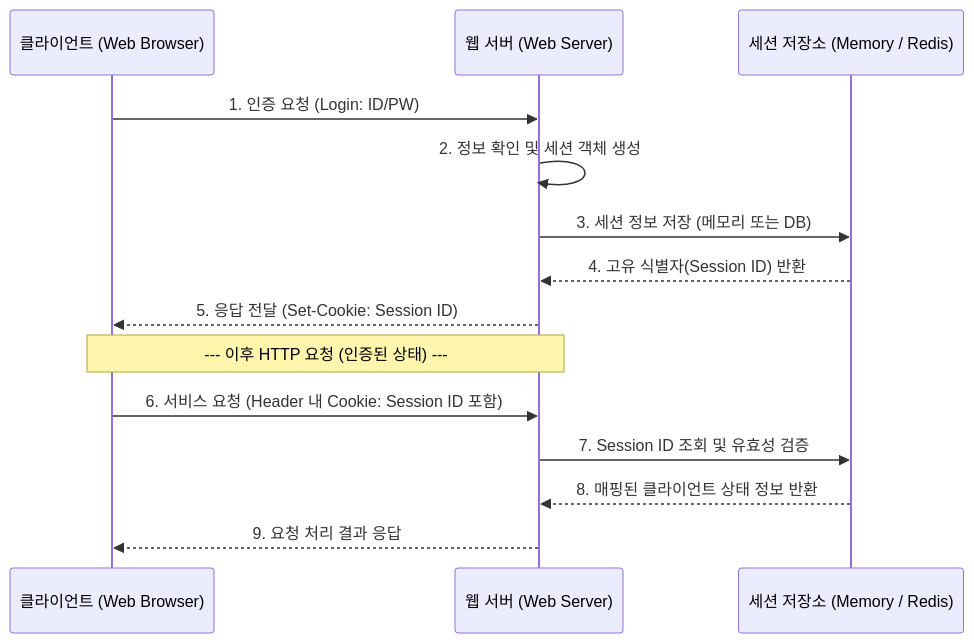
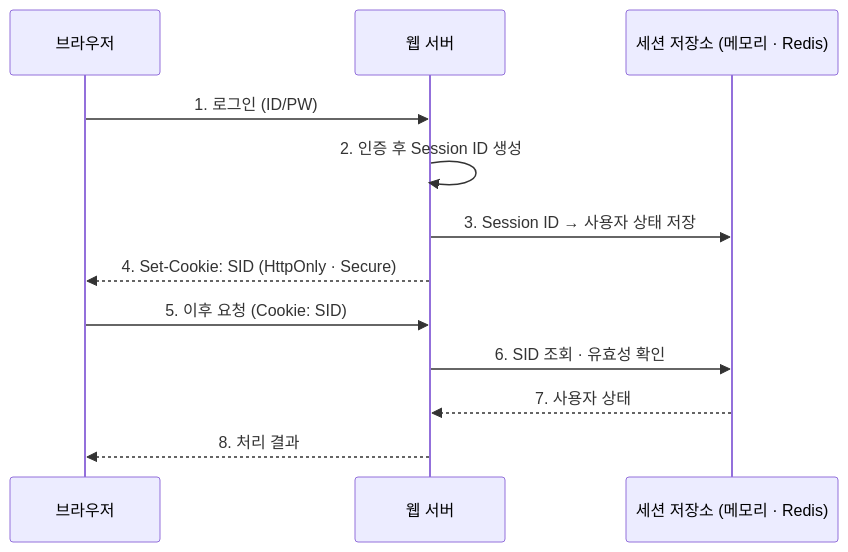
Before and after one commit to supremethumb/supremethumb.github.io: the diagram in content/01_IT Tech/세션.md, drawn with Mermaid. The commit also changed other lines of this file and 1087 other files, not shown here.

````diff
--- a/content/01_IT Tech/세션.md
+++ b/content/01_IT Tech/세션.md
@@ -33,20 +35,14 @@
 ```mermaid
 sequenceDiagram
-    participant C as 클라이언트 (Web Browser)
-    participant S as 웹 서버 (Web Server)
-    participant DB as 세션 저장소 (Memory / Redis)
-
-    C->>S: 1. 인증 요청 (Login: ID/PW)
-    S->>S: 2. 정보 확인 및 세션 객체 생성
-    S->>DB: 3. 세션 정보 저장 (메모리 또는 DB)
-    DB-->>S: 4. 고유 식별자(Session ID) 반환
-    S-->>C: 5. 응답 전달 (Set-Cookie: Session ID)
-    
-    Note over C,S: --- 이후 HTTP 요청 (인증된 상태) ---
-    
-    C->>S: 6. 서비스 요청 (Header 내 Cookie: Session ID 포함)
-    S->>DB: 7. Session ID 조회 및 유효성 검증
-    DB-->>S: 8. 매핑된 클라이언트 상태 정보 반환
-    S-->>C: 9. 요청 처리 결과 응답
-
+    participant C as 브라우저
+    participant S as 웹 서버
+    participant R as 세션 저장소 (메모리 · Redis)
+    C->>S: 1. 로그인 (ID/PW)
+    S->>S: 2. 인증 후 Session ID 생성
+    S->>R: 3. Session ID → 사용자 상태 저장
+    S-->>C: 4. Set-Cookie: SID (HttpOnly · Secure)
+    C->>S: 5. 이후 요청 (Cookie: SID)
+    S->>R: 6. SID 조회 · 유효성 확인
+    R-->>S: 7. 사용자 상태
+    S-->>C: 8. 처리 결과
 ```
````
